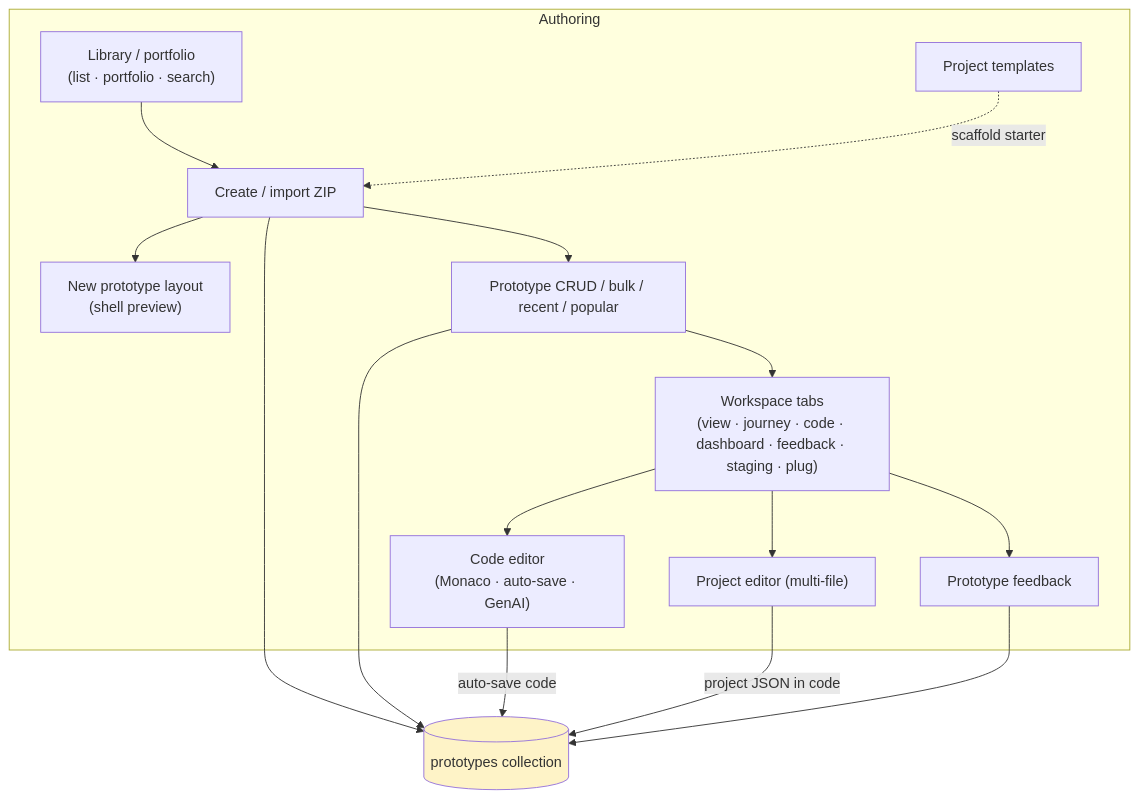
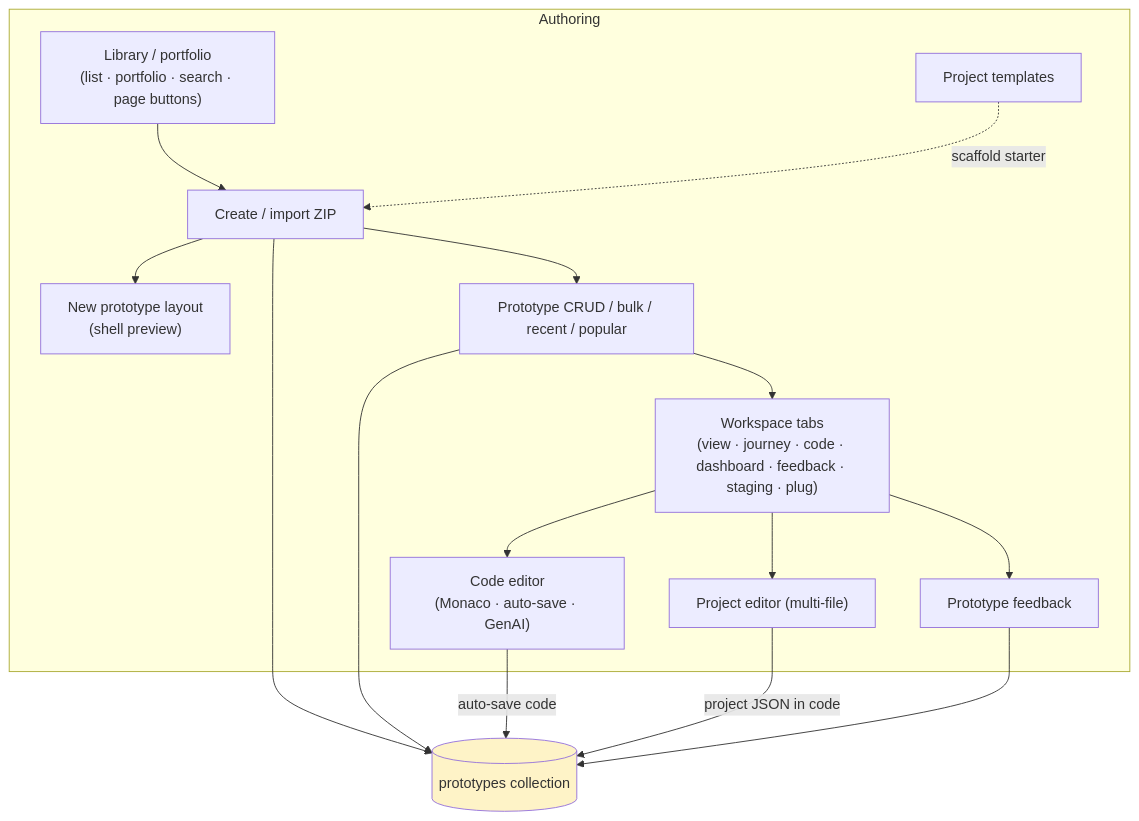
The first of 10 diagrams in docs/capabilities/prototypes-code.md (eclipse-autowrx/autowrx), drawn with Mermaid before and after one commit. The commit also changed other lines of this file and 8 other files, not shown here.

````diff
--- a/docs/capabilities/prototypes-code.md
+++ b/docs/capabilities/prototypes-code.md
@@ -7,20 +7,20 @@
 ```mermaid
 flowchart TD
     subgraph Authoring
-        L["Library / portfolio<br/>(list · portfolio · search)"] --> C["Create / import ZIP"]
+        L["Library / portfolio<br/>(list · portfolio · search · page buttons)"] --> C["Create / import ZIP"]
         C --> NP["New prototype layout<br/>(shell preview)"]
         C --> CRUD["Prototype CRUD / bulk / recent / popular"]
         CRUD --> WS["Workspace tabs<br/>(view · journey · code · dashboard · feedback · staging · plug)"]
         WS --> CE["Code editor<br/>(Monaco · auto-save · GenAI)"]
         WS --> PE["Project editor (multi-file)"]
         WS --> FB["Prototype feedback"]
         PT["Project templates"] -.->|scaffold starter| C
     end
     DB[("prototypes collection")]
     C --> DB
     CRUD --> DB
     CE -->|auto-save code| DB
     PE -->|project JSON in code| DB
     FB --> DB
     style DB fill:#fef3c7
 ```
````
